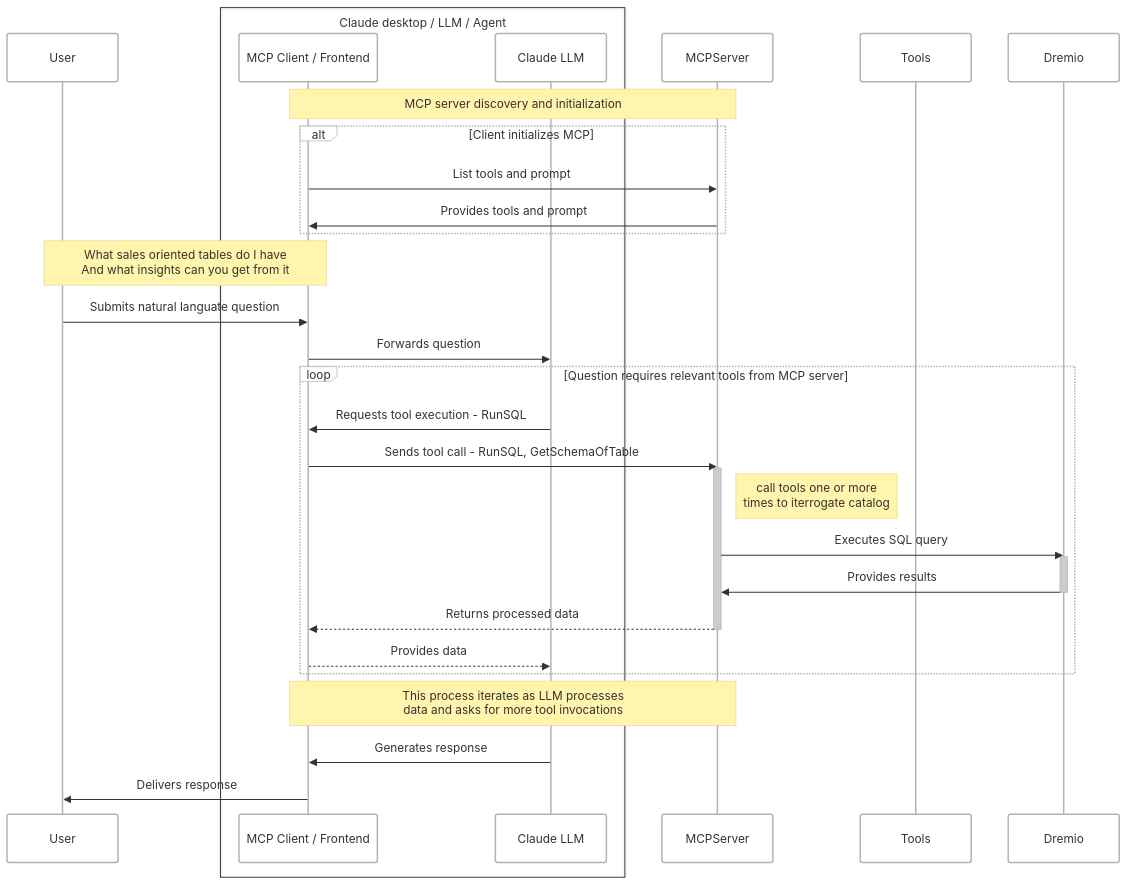
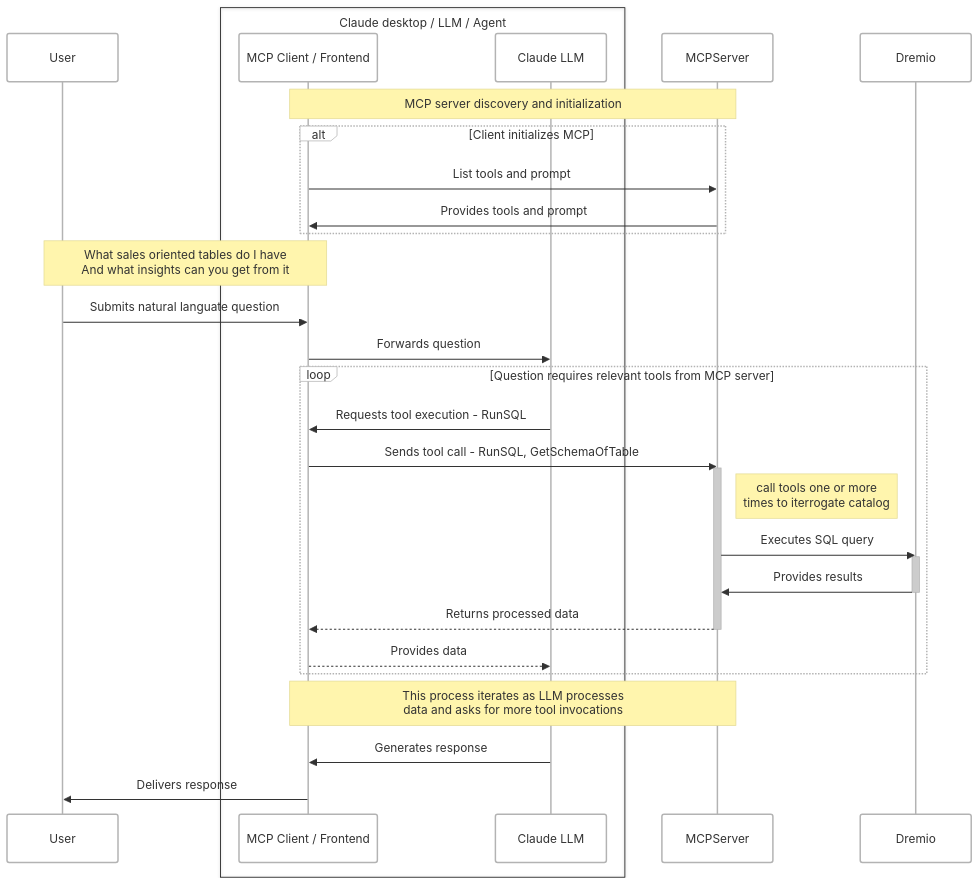
Before and after one commit to serraict/dremio-mcp: the diagram in docs/architecture.md, drawn with Mermaid.

Commit message:
Remove tools

````diff
--- a/docs/architecture.md
+++ b/docs/architecture.md
@@ -5,49 +5,48 @@
 ```mermaid
 ---
 config:
   look: handDrawn
   theme: neo
 ---
 
 
 sequenceDiagram
     participant User
 
     box Claude desktop / LLM / Agent
     participant Client as MCP Client / Frontend
     participant LLM as Claude LLM
     end
 
     participant MCP as MCPServer
-    participant Tools
     participant DB as Dremio
 
     Note over Client,MCP: MCP server discovery and initialization
     alt Client initializes MCP
         Client->>MCP: List tools and prompt
         MCP->>Client: Provides tools and prompt
     end
 
 
     Note over User,Client: What sales oriented tables do I have<br/>And what insights can you get from it
     User->>Client: Submits natural languate question
     Client->>LLM: Forwards question
 
     loop Question requires relevant tools from MCP server
         LLM->>Client: Requests tool execution -  RunSQL
         Client->>MCP: Sends tool call - RunSQL, GetSchemaOfTable
         activate MCP
         Note right of MCP: call tools one or more <br/> times to iterrogate catalog
         MCP->>DB: Executes SQL query
         activate DB
         DB->>MCP: Provides results
         deactivate DB
         MCP-->>Client: Returns processed data
         deactivate MCP
         Client-->>LLM: Provides data
     end
     Note over Client,MCP: This process iterates as LLM processes<br/> data and asks for more tool invocations
 
     LLM->>Client: Generates response
     Client->>User: Delivers response
 ```
````
